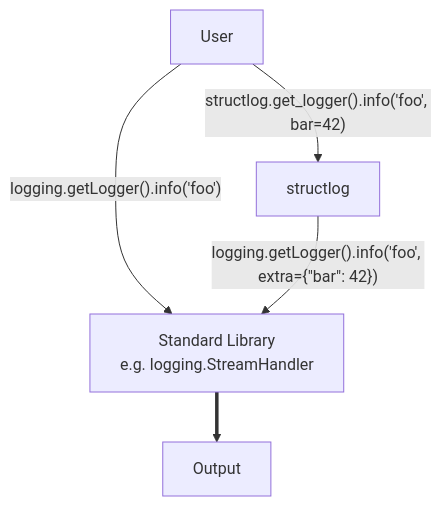
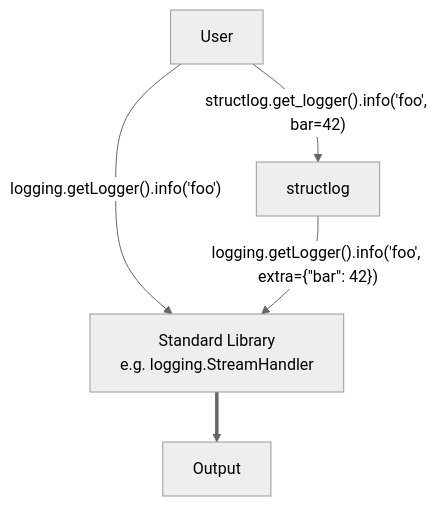
Before and after one commit to hynek/structlog: the second of 3 diagrams in docs/standard-library.rst, drawn with Mermaid. The commit also changed other lines of this file, not shown here.

Commit message:
Use a marmaid theme that is readable on dark

```diff
--- a/docs/standard-library.rst
+++ b/docs/standard-library.rst
@@ -206,13 +207,14 @@
 .. mermaid::
    :align: center
 
    flowchart TD
+      %%{ init: {'theme': 'neutral'} }%%
       User
       structlog
       stdlib[Standard Library\ne.g. logging.StreamHandler]
 
       User --> |"structlog.get_logger().info('foo', bar=42)"| structlog
       User --> |"logging.getLogger().info('foo')"| stdlib
       structlog --> |"logging.getLogger().info('foo', extra={&quot;bar&quot;: 42})"| stdlib ==> Output
 
       Output
```
